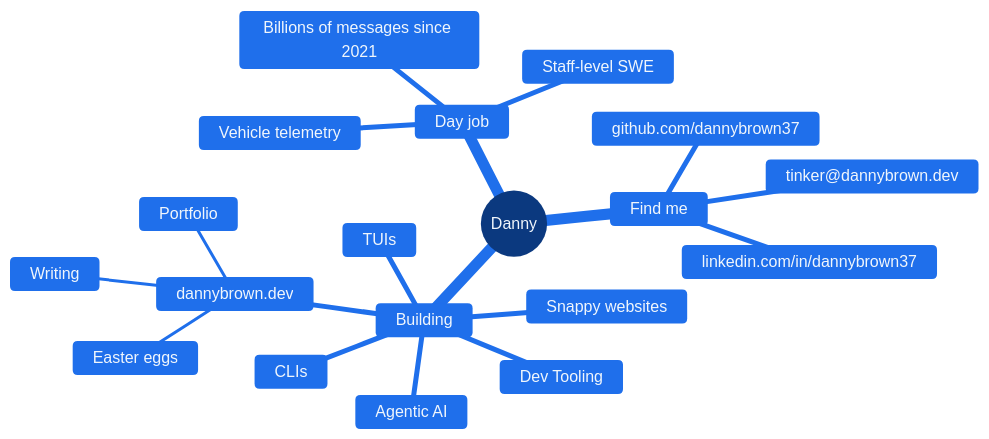
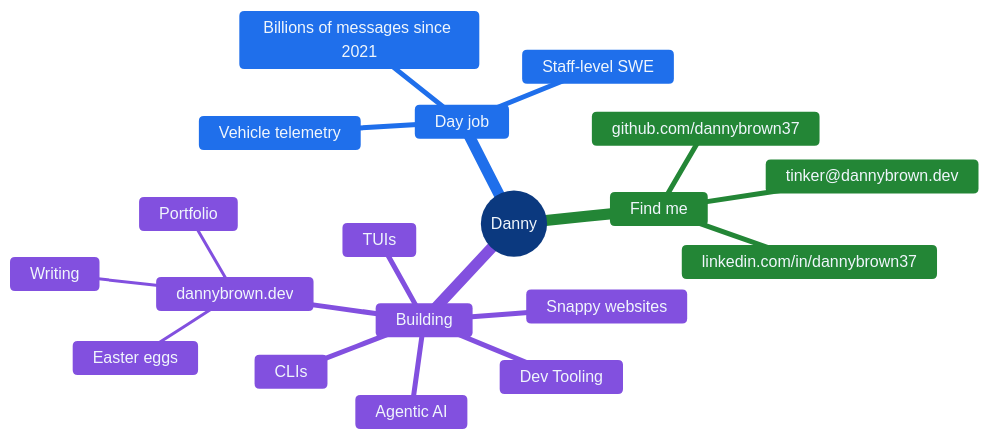
The diagram in README.md (dannybrown37/dannybrown37), drawn with Mermaid before and after one commit.

Commit message:
fix: more color variety on map

````diff
--- a/README.md
+++ b/README.md
@@ -7,29 +7,29 @@
 ```mermaid
 %%{init: {'theme':'base', 'themeVariables': {
   'primaryColor':'#1f6feb','primaryTextColor':'#f0f6fc','primaryBorderColor':'#58a6ff',
   'lineColor':'#8b949e','textColor':'#f0f6fc','fontSize':'16px',
-  'cScale0':'#1f6feb','cScale1':'#1f6feb','cScale2':'#1f6feb','cScale3':'#1f6feb',
+  'cScale0':'#1f6feb','cScale1':'#238636','cScale2':'#8250df','cScale3':'#1f6feb',
   'cScaleLabel0':'#f0f6fc','cScaleLabel1':'#f0f6fc','cScaleLabel2':'#f0f6fc','cScaleLabel3':'#f0f6fc'
 }}}%%
 mindmap
   root((Danny))
     Find me
       github.com/dannybrown37
       linkedin.com/in/dannybrown37
       tinker@dannybrown.dev
     Building
       CLIs
       TUIs
       Snappy websites
       Agentic AI
       Dev Tooling
       dannybrown.dev
         Writing
         Portfolio
         Easter eggs
     Day job
       Vehicle telemetry
       Billions of messages since 2021
       Staff-level SWE
 
 ```
````
